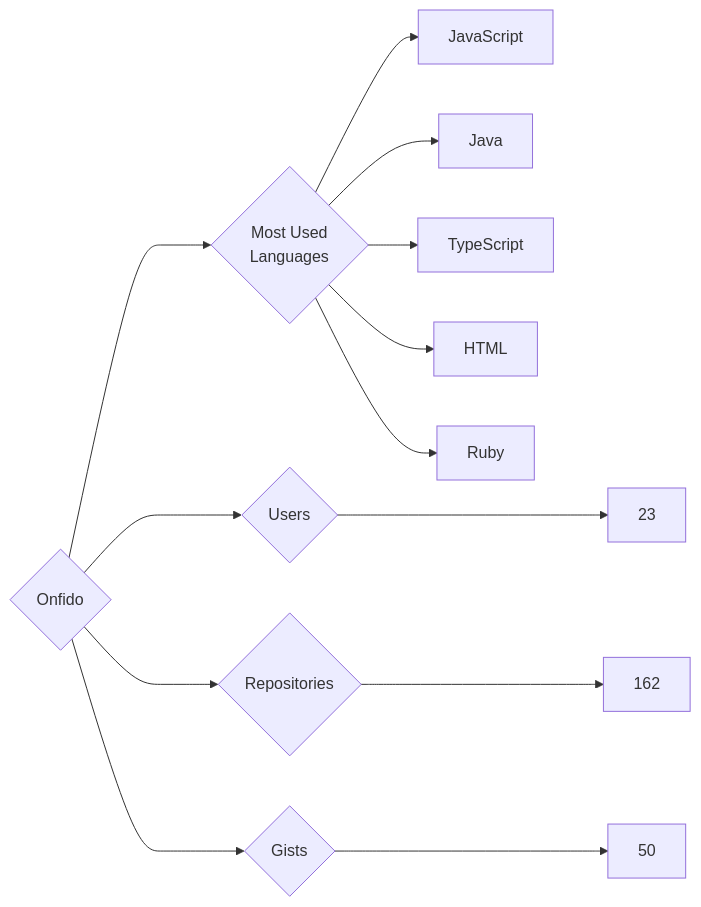
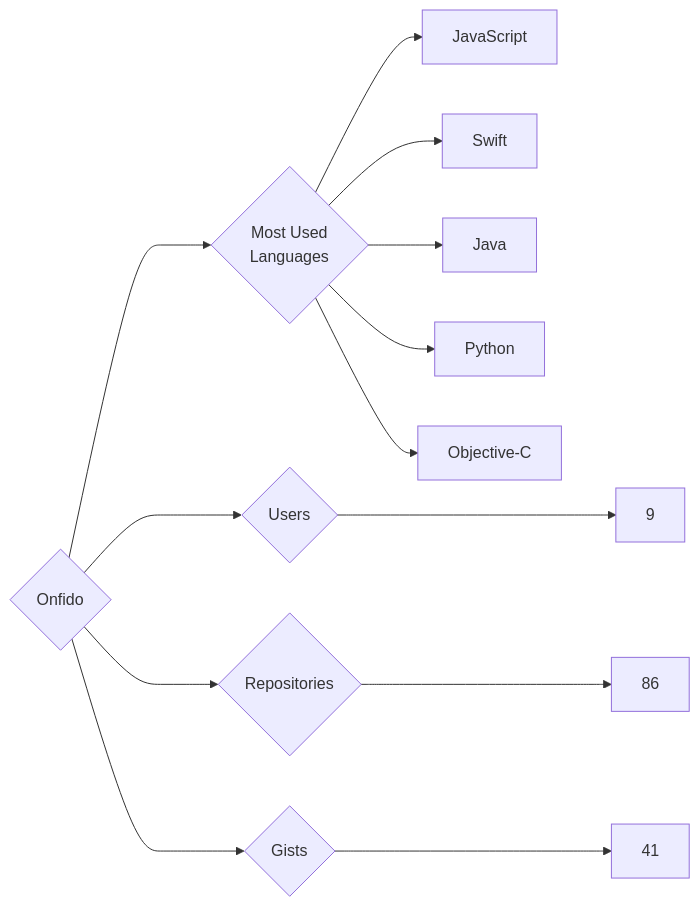
One commit to trickest/insiders changed the diagram in targets/Onfido/README.md. Above: the diagram before and after it, drawn with Mermaid. The commit also changed 860 other files, not shown here.

````diff
--- a/targets/Onfido/README.md
+++ b/targets/Onfido/README.md
@@ -3,13 +3,13 @@
 ```mermaid
 graph LR
 COMPANY_NAME{Onfido}
-COMPANY_NAME ---> U{Users} ---> UN[23]
-COMPANY_NAME ---> R{Repositories} ---> RN[162]
-COMPANY_NAME ---> G{Gists} ---> GN[50]
+COMPANY_NAME ---> U{Users} ---> UN[9]
+COMPANY_NAME ---> R{Repositories} ---> RN[86]
+COMPANY_NAME ---> G{Gists} ---> GN[41]
 COMPANY_NAME ---> ML{Most Used<br>Languages}
 ML --> JavaScript[JavaScript]
+ML --> Swift[Swift]
 ML --> Java[Java]
-ML --> TypeScript[TypeScript]
-ML --> HTML[HTML]
-ML --> Ruby[Ruby]
+ML --> Python[Python]
+ML --> Objective-C[Objective-C]
 ```
````
